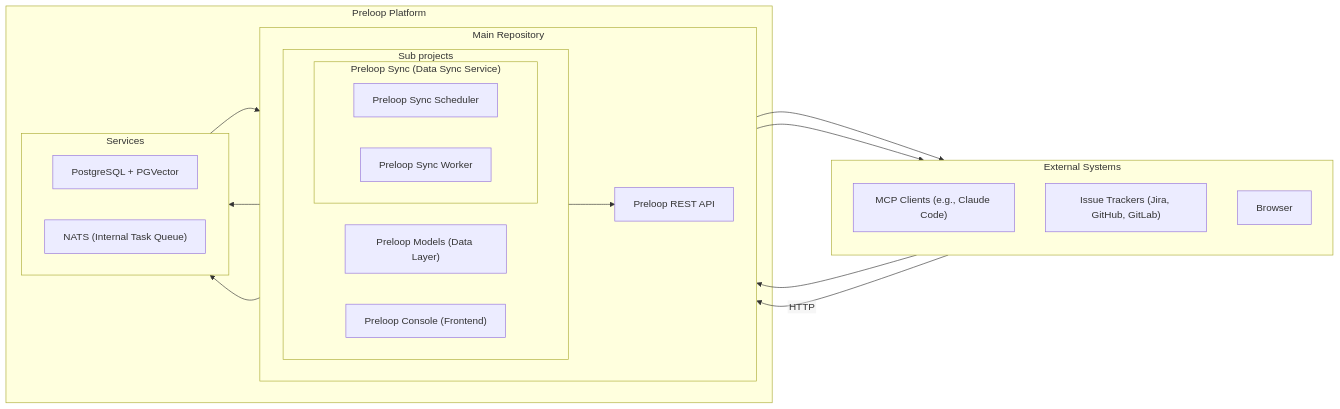
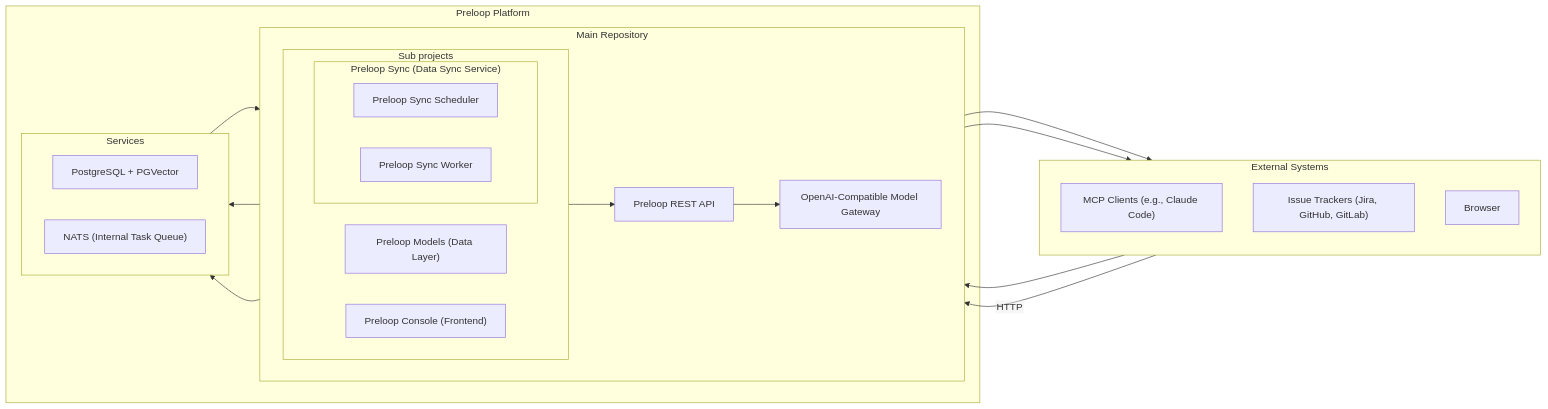
One commit to GiorgosAlexakis/preloop changed the first of 3 diagrams in ARCHITECTURE.md. Above: the diagram before and after it, drawn with Mermaid. The commit also changed other lines of this file and 26 other files, not shown here.

````diff
--- a/ARCHITECTURE.md
+++ b/ARCHITECTURE.md
@@ -9,41 +9,43 @@
 ```mermaid
 %%{init: {"flowchart": { "htmlLabels": false}} }%%
 graph LR
     subgraph "External Systems"
         direction TB
         MCP_Clients["MCP Clients (e.g., Claude Code)"]
         Issue_Trackers["Issue Trackers (Jira, GitHub, GitLab)"]
         Browser["Browser"]
     end
     subgraph "Preloop Platform"
         subgraph "Main Repository"
             direction LR
             API["Preloop REST API"]
+            Gateway["OpenAI-Compatible Model Gateway"]
             subgraph "Sub projects"
                 direction LR
                 preloop.models["Preloop Models (Data Layer)"]
                 subgraph "Preloop Sync (Data Sync Service)"
                     Scheduler["Preloop Sync Scheduler"]
                     Worker["Preloop Sync Worker"]
                 end
                 PreloopConsole["Preloop Console (Frontend)"]
             end
         end
         subgraph "Services"
             direction RL
             DB["PostgreSQL + PGVector"]
             NATS["NATS (Internal Task Queue)"]
         end
 
 
     end
     Browser --> PreloopConsole
     preloop.models --> DB
+    API --> Gateway
     Scheduler --> NATS
     NATS --> Worker
     Worker --> Issue_Trackers
     API --> Issue_Trackers
 
     MCP_Clients -- HTTP --> API
     PreloopConsole --> API
 ```
````
